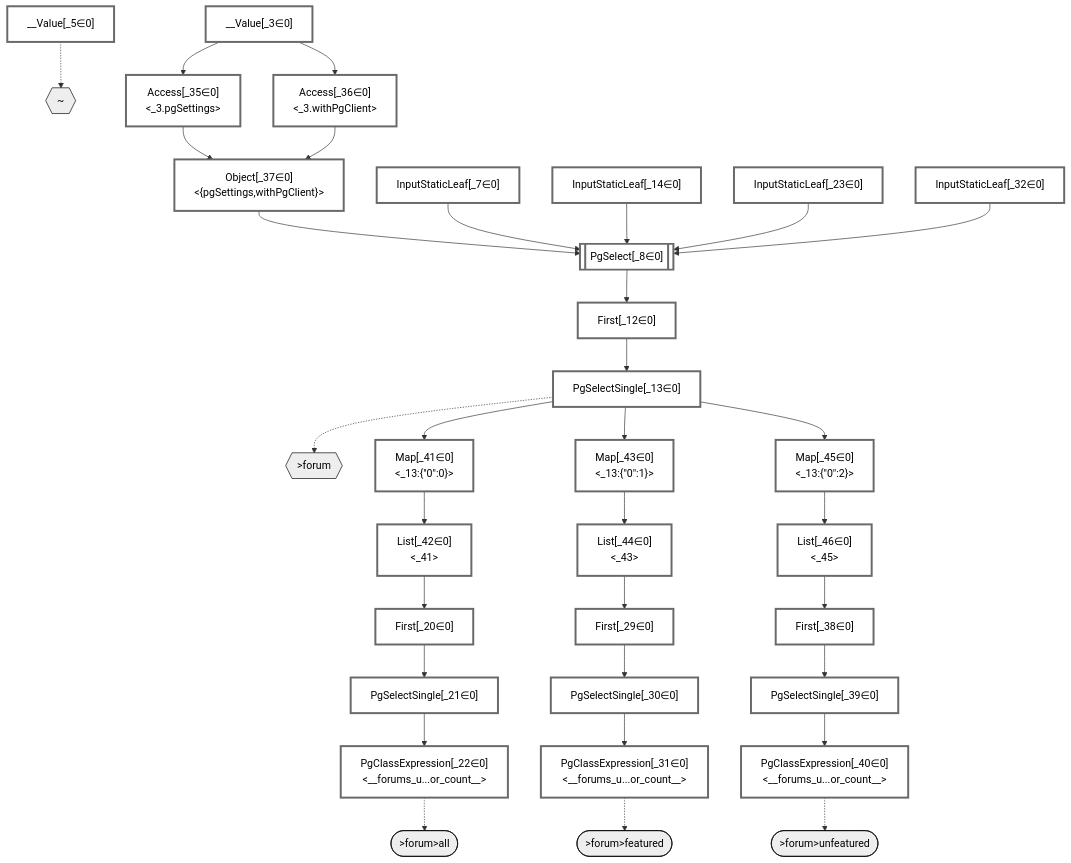
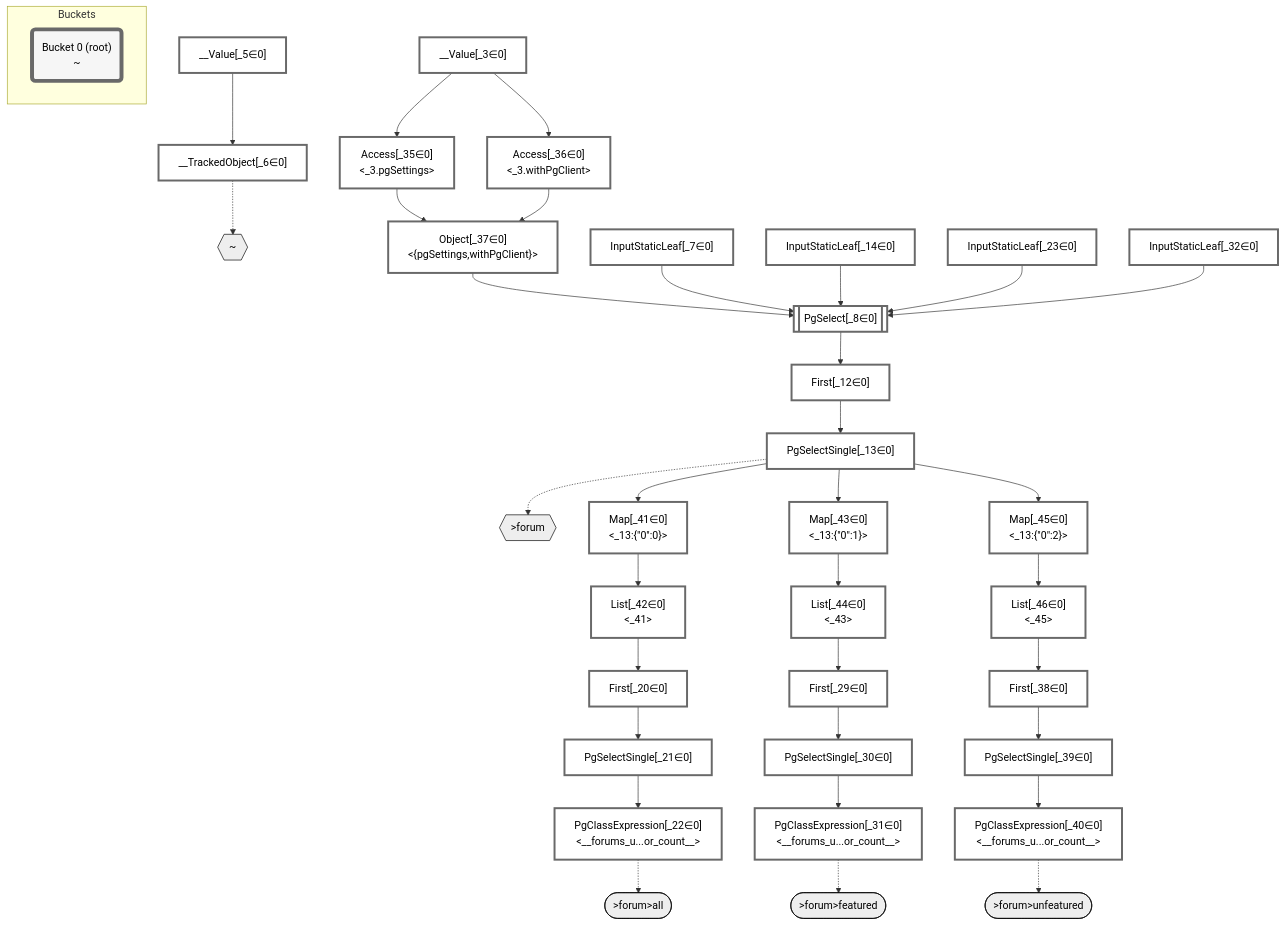
Before and after one commit to graphile/crystal: the diagram in packages/dataplan-pg/__tests__/queries/functions/computed-column-scalar.mermaid.md, drawn with Mermaid. The commit also changed 195 other files, not shown here.

````diff
--- a/packages/dataplan-pg/__tests__/queries/functions/computed-column-scalar.mermaid.md
+++ b/packages/dataplan-pg/__tests__/queries/functions/computed-column-scalar.mermaid.md
@@ -4,6 +4,7 @@
     classDef plan fill:#fff,stroke-width:3px,color:#000
     classDef itemplan fill:#fff,stroke-width:6px,color:#000
     classDef sideeffectplan fill:#f00,stroke-width:6px,color:#000
+    classDef bucket fill:#f6f6f6,color:#000,stroke-width:6px
 
     %% subgraph fields
     P1{{"~"}}:::path
@@ -20,6 +21,7 @@
     %% define plans
     __Value_3["__Value[_3∈0]<br /><context>"]:::plan
     __Value_5["__Value[_5∈0]<br /><rootValue>"]:::plan
+    __TrackedObject_6["__TrackedObject[_6∈0]"]:::plan
     InputStaticLeaf_7["InputStaticLeaf[_7∈0]"]:::plan
     PgSelect_8[["PgSelect[_8∈0]<br /><forums>"]]:::plan
     First_12["First[_12∈0]"]:::plan
@@ -47,6 +49,7 @@
     List_46["List[_46∈0]<br /><_45>"]:::plan
 
     %% plan dependencies
+    __Value_5 --> __TrackedObject_6
     Object_37 --> PgSelect_8
     InputStaticLeaf_7 --> PgSelect_8
     InputStaticLeaf_14 --> PgSelect_8
@@ -75,7 +78,7 @@
     Map_45 --> List_46
 
     %% plan-to-path relationships
-    __Value_5 -.-> P1
+    __TrackedObject_6 -.-> P1
     PgSelectSingle_13 -.-> P2
     PgClassExpression_22 -.-> P3
     PgClassExpression_31 -.-> P4
@@ -83,5 +86,10 @@
 
     %% allocate buckets
     classDef bucket0 stroke:#696969
-    class __Value_3,__Value_5,InputStaticLeaf_7,PgSelect_8,First_12,PgSelectSingle_13,InputStaticLeaf_14,First_20,PgSelectSingle_21,PgClassExpression_22,InputStaticLeaf_23,First_29,PgSelectSingle_30,PgClassExpression_31,InputStaticLeaf_32,Access_35,Access_36,Object_37,First_38,PgSelectSingle_39,PgClassExpression_40,Map_41,List_42,Map_43,List_44,Map_45,List_46 bucket0
+    class __Value_3,__Value_5,__TrackedObject_6,InputStaticLeaf_7,PgSelect_8,First_12,PgSelectSingle_13,InputStaticLeaf_14,First_20,PgSelectSingle_21,PgClassExpression_22,InputStaticLeaf_23,First_29,PgSelectSingle_30,PgClassExpression_31,InputStaticLeaf_32,Access_35,Access_36,Object_37,First_38,PgSelectSingle_39,PgClassExpression_40,Map_41,List_42,Map_43,List_44,Map_45,List_46 bucket0
+
+    subgraph Buckets
+    Bucket0("Bucket 0 (root)<br />~"):::bucket
+    style Bucket0 stroke:#696969
+    end
 ```
````
